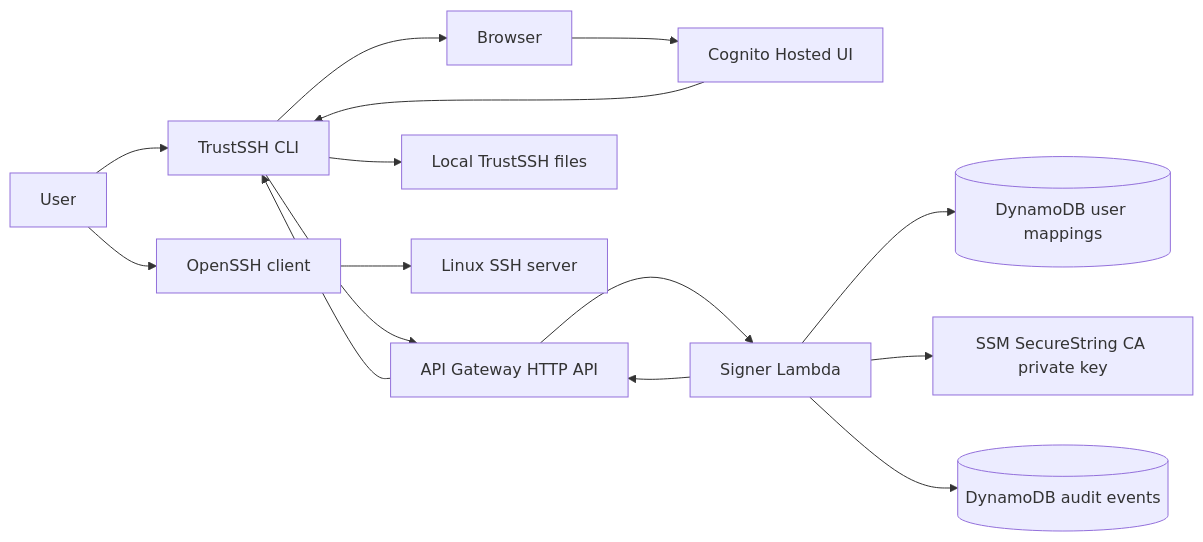
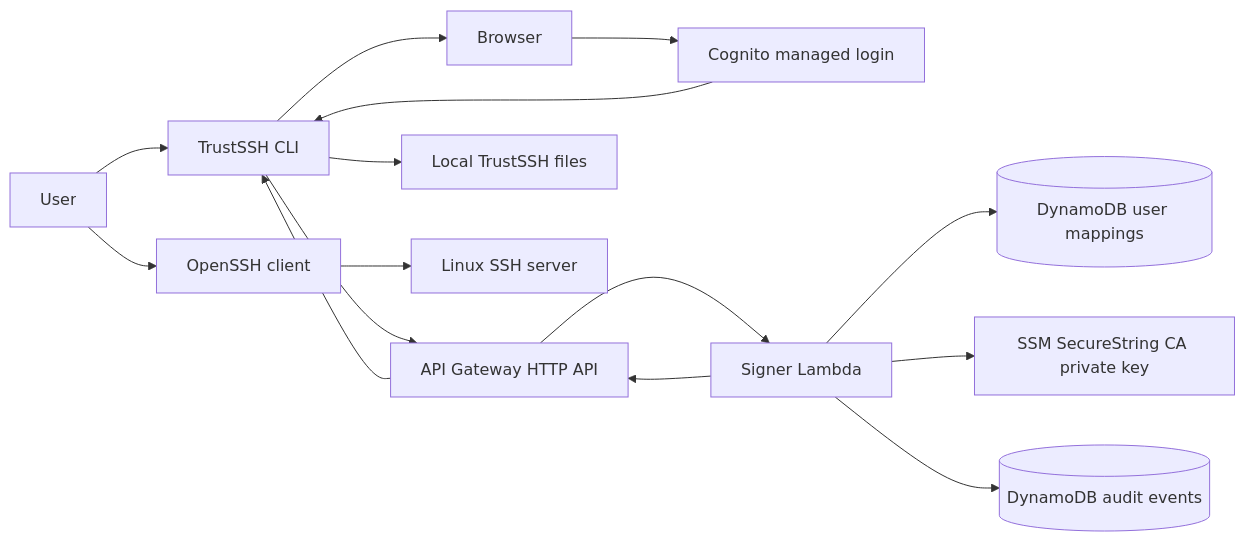
The first of 6 diagrams in docs/request-flow.md (nikon-63/TrustSSH), drawn with Mermaid before and after one commit. The commit also changed other lines of this file and 11 other files, not shown here.

Commit message:
Refactor Cognito integration to use managed login (Passkey not working yet)

````diff
--- a/docs/request-flow.md
+++ b/docs/request-flow.md
@@ -9,17 +9,17 @@
 ```mermaid
 flowchart LR
     User[User] --> CLI[TrustSSH CLI]
     CLI --> Browser[Browser]
-    Browser --> Cognito[Cognito Hosted UI]
+    Browser --> Cognito[Cognito managed login]
     Cognito --> CLI
     CLI --> API[API Gateway HTTP API]
     API --> Lambda[Signer Lambda]
     Lambda --> Mappings[(DynamoDB user mappings)]
     Lambda --> SSM[SSM SecureString CA private key]
     Lambda --> Audit[(DynamoDB audit events)]
     Lambda --> API
     API --> CLI
     CLI --> LocalFiles[Local TrustSSH files]
     User --> SSH[OpenSSH client]
     SSH --> Server[Linux SSH server]
 ```
````
